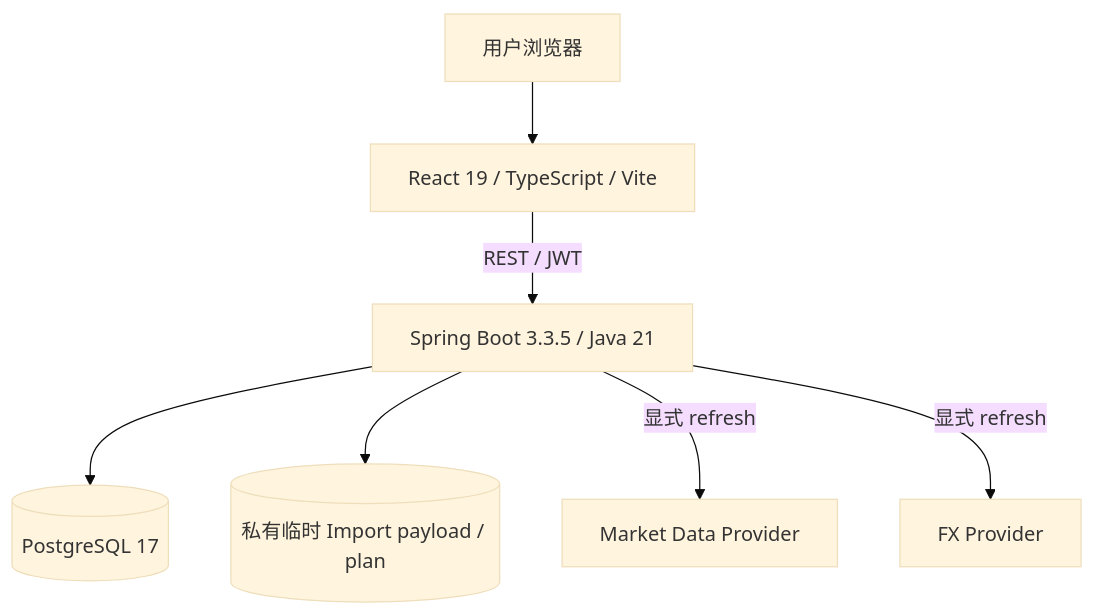
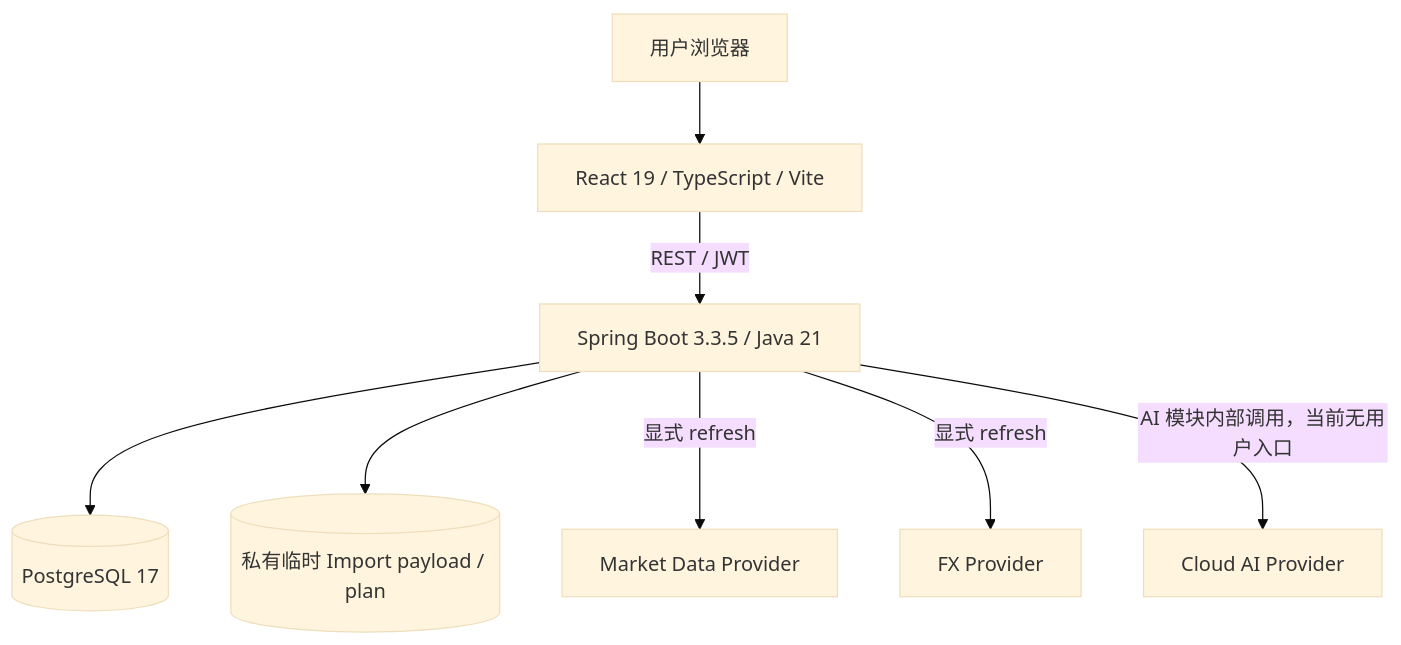
One commit to qianlixunbai/Personal-Finance-OS changed the first of 2 diagrams in docs/architecture/current-architecture.md. Above: the diagram before and after it, drawn with Mermaid (base theme). The commit also changed other lines of this file and 17 other files, not shown here.

````diff
--- a/docs/architecture/current-architecture.md
+++ b/docs/architecture/current-architecture.md
@@ -9,17 +9,19 @@
 ```mermaid
 flowchart TB
     USER[用户浏览器]
     FE[React 19 / TypeScript / Vite]
     API[Spring Boot 3.3.5 / Java 21]
     DB[(PostgreSQL 17)]
     FILES[(私有临时 Import payload / plan)]
     MARKET[Market Data Provider]
     FX[FX Provider]
+    AI[Cloud AI Provider]
 
     USER --> FE
     FE -->|REST / JWT| API
     API --> DB
     API --> FILES
     API -->|显式 refresh| MARKET
     API -->|显式 refresh| FX
+    API -->|AI 模块内部调用，当前无用户入口| AI
 ```
````
